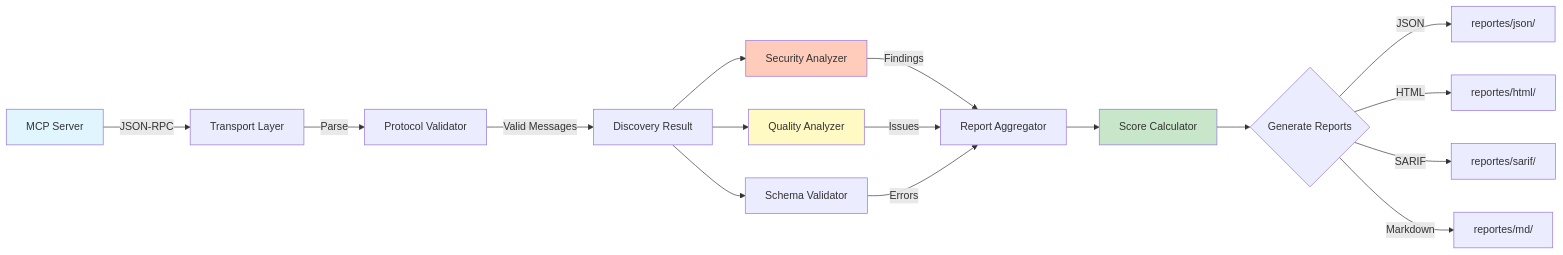
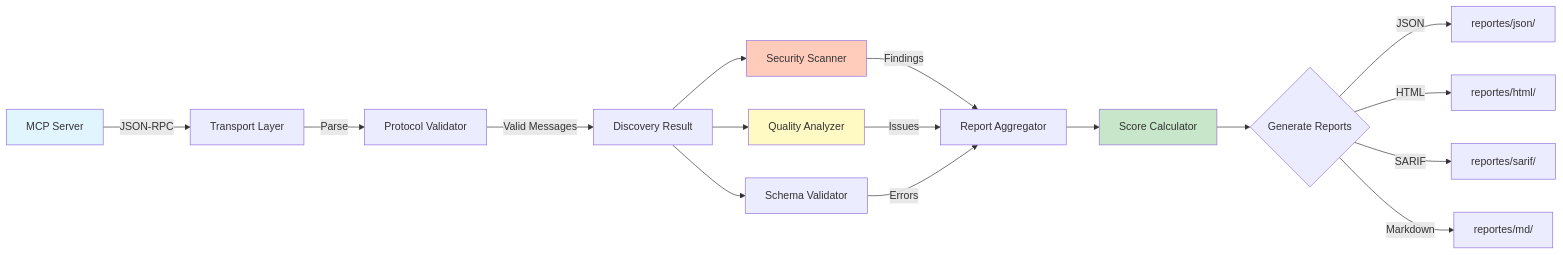
One commit to FinkTech/mcp-verify changed the fifth of 10 diagrams in ARCHITECTURE.md. Above: the diagram before and after it, drawn with Mermaid. The commit also changed other lines of this file and 103 other files, not shown here.

````diff
--- a/ARCHITECTURE.md
+++ b/ARCHITECTURE.md
@@ -178,27 +178,27 @@
 ```mermaid
 flowchart LR
     A[MCP Server] -->|JSON-RPC| B[Transport Layer]
     B -->|Parse| C[Protocol Validator]
     C -->|Valid Messages| D[Discovery Result]
 
-    D --> E[Security Analyzer]
+    D --> E[Security Scanner]
     D --> F[Quality Analyzer]
     D --> G[Schema Validator]
 
     E -->|Findings| H[Report Aggregator]
     F -->|Issues| H
     G -->|Errors| H
 
     H --> I[Score Calculator]
     I --> J{Generate Reports}
 
     J -->|JSON| K[reportes/json/]
     J -->|HTML| L[reportes/html/]
     J -->|SARIF| M[reportes/sarif/]
     J -->|Markdown| N[reportes/md/]
 
     style A fill:#e1f5fe
     style E fill:#ffccbc
     style F fill:#fff9c4
     style I fill:#c8e6c9
 ```
````
